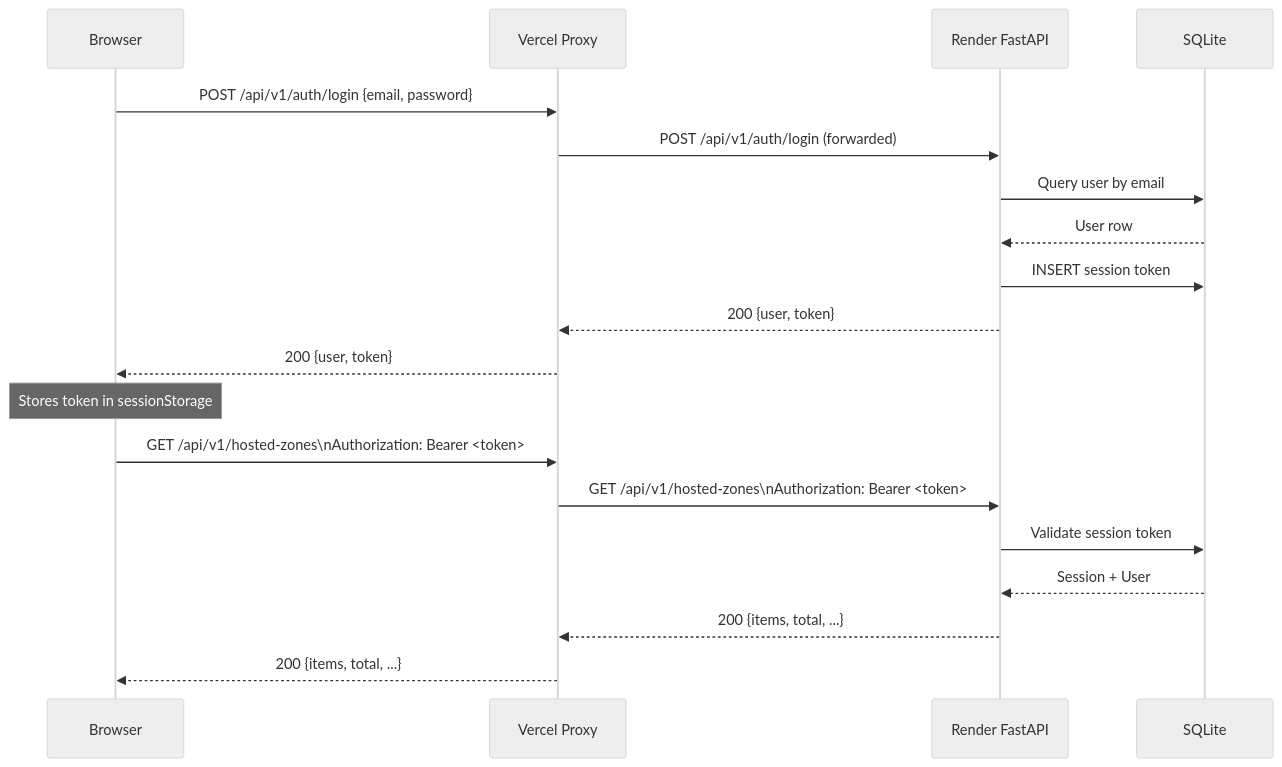
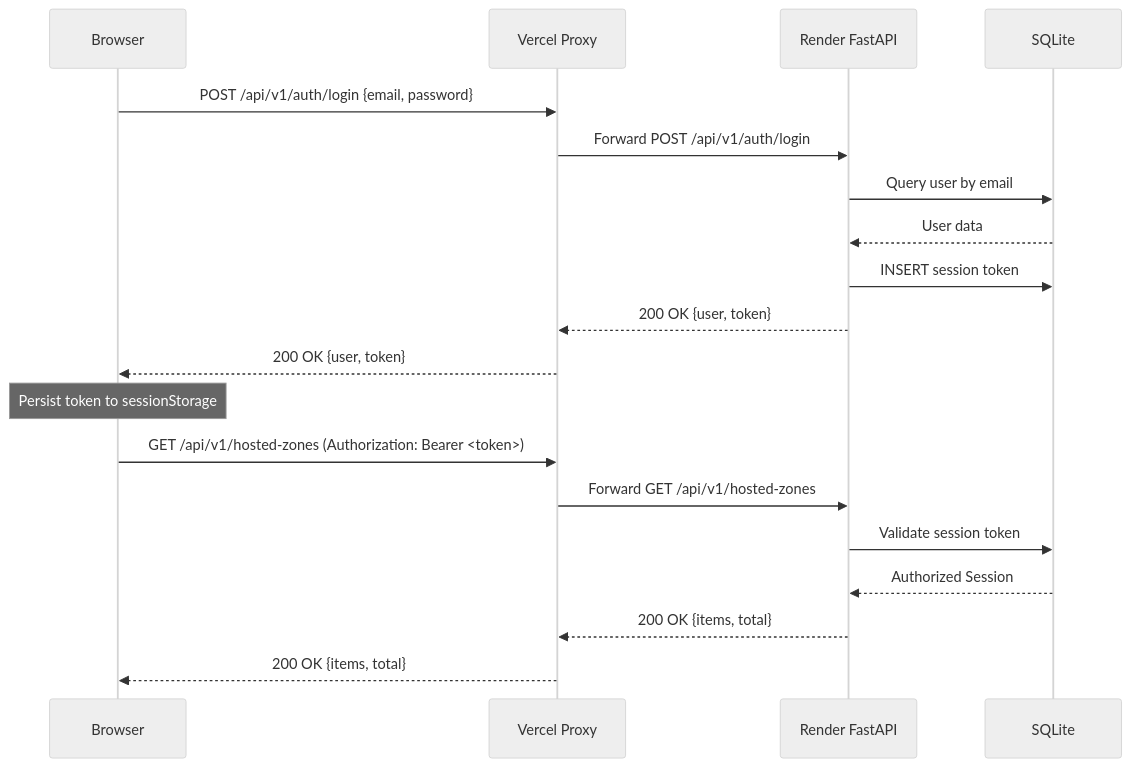
One commit to BugHunterX2101/AWS_Route53_Clone changed the third of 3 diagrams in README.md. Above: the diagram before and after it, drawn with Mermaid (neutral theme). The commit also changed other lines of this file and 4 other files, not shown here.

````diff
--- a/README.md
+++ b/README.md
@@ -74,22 +121,22 @@
 ```mermaid
 sequenceDiagram
     participant B as Browser
     participant V as Vercel Proxy
     participant R as Render FastAPI
     participant DB as SQLite
 
     B->>V: POST /api/v1/auth/login {email, password}
-    V->>R: POST /api/v1/auth/login (forwarded)
+    V->>R: Forward POST /api/v1/auth/login
     R->>DB: Query user by email
-    DB-->>R: User row
+    DB-->>R: User data
     R->>DB: INSERT session token
-    R-->>V: 200 {user, token}
-    V-->>B: 200 {user, token}
-    Note over B: Stores token in sessionStorage
-    B->>V: GET /api/v1/hosted-zones\nAuthorization: Bearer <token>
-    V->>R: GET /api/v1/hosted-zones\nAuthorization: Bearer <token>
+    R-->>V: 200 OK {user, token}
+    V-->>B: 200 OK {user, token}
+    Note over B: Persist token to sessionStorage
+    B->>V: GET /api/v1/hosted-zones (Authorization: Bearer <token>)
+    V->>R: Forward GET /api/v1/hosted-zones
     R->>DB: Validate session token
-    DB-->>R: Session + User
-    R-->>V: 200 {items, total, ...}
-    V-->>B: 200 {items, total, ...}
+    DB-->>R: Authorized Session
+    R-->>V: 200 OK {items, total}
+    V-->>B: 200 OK {items, total}
 ```
````
